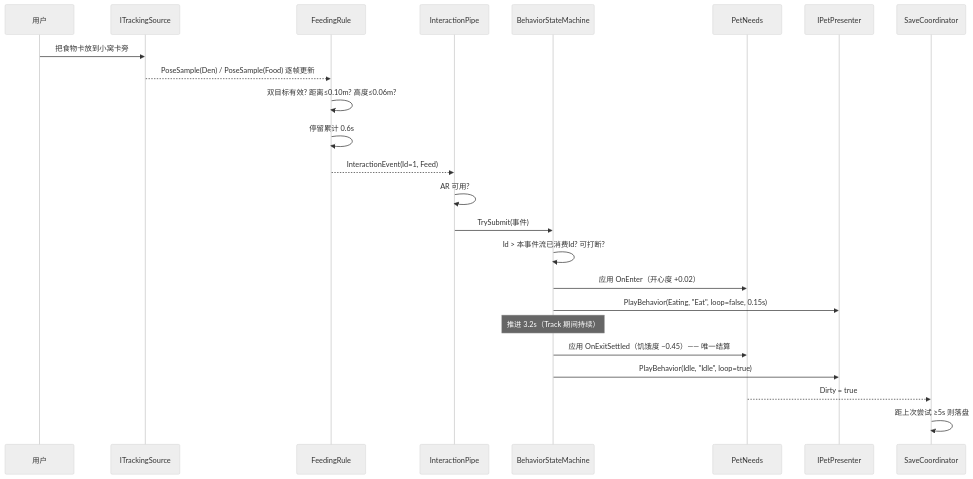
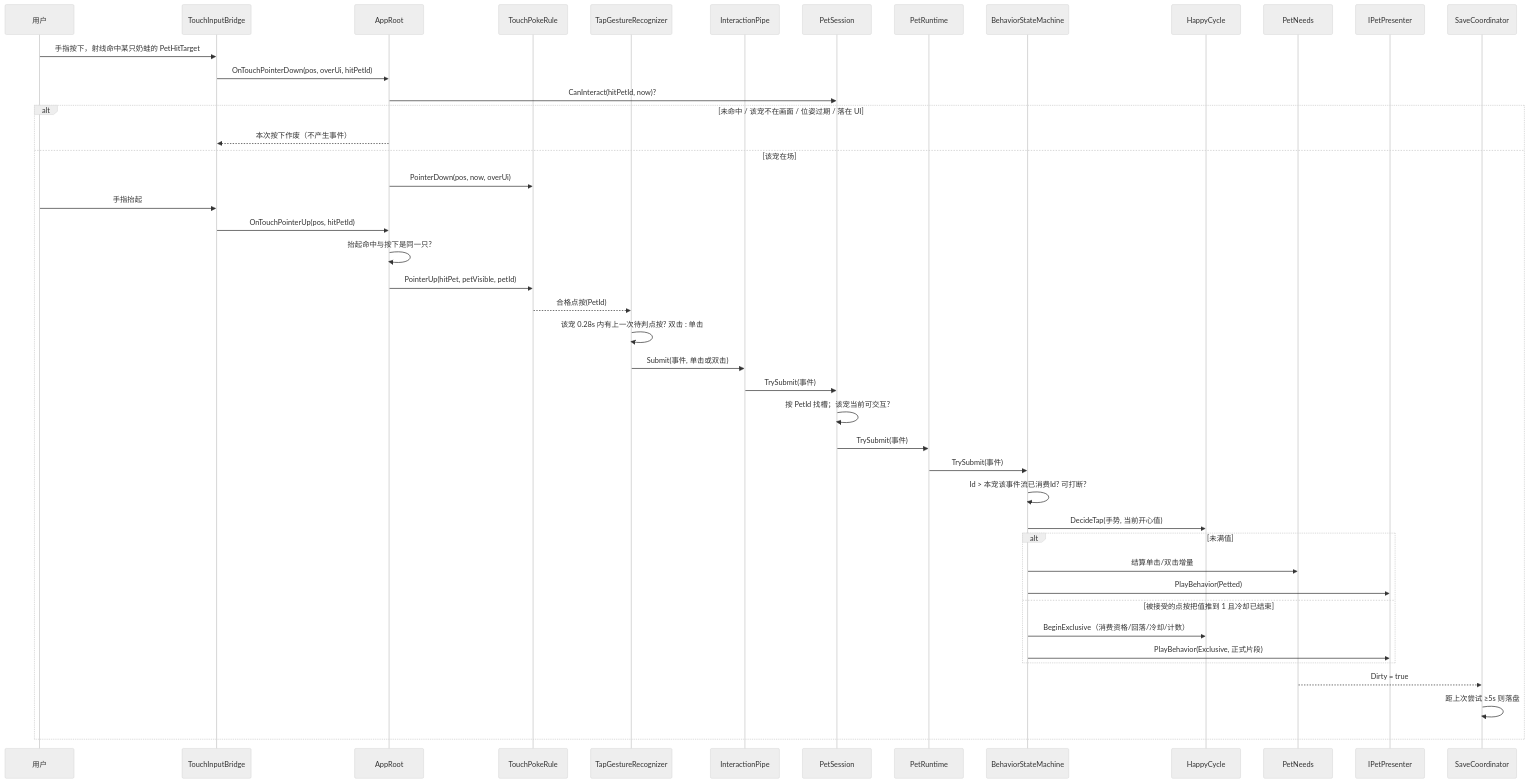
Before and after one commit to fapig1/ZQXNXS: the fourth of 4 diagrams in Docs/项目架构与技术架构.md, drawn with Mermaid (neutral theme). The commit also changed other lines of this file and 1300 other files, not shown here.

```diff
--- a/Docs/项目架构与技术架构.md
+++ b/Docs/项目架构与技术架构.md
@@ -317,27 +400,47 @@
 ~~~mermaid
 sequenceDiagram
     participant U as 用户
-    participant T as ITrackingSource
-    participant R as FeedingRule
+    participant B as TouchInputBridge
+    participant A as AppRoot
+    participant T as TouchPokeRule
+    participant G as TapGestureRecognizer
     participant P as InteractionPipe
-    participant B as BehaviorStateMachine
+    participant S as PetSession
+    participant R as PetRuntime
+    participant M as BehaviorStateMachine
+    participant H as HappyCycle
     participant N as PetNeeds
     participant V as IPetPresenter
-    participant S as SaveCoordinator
+    participant C as SaveCoordinator
 
-    U->>T: 把食物卡放到小窝卡旁
-    T-->>R: PoseSample(Den) / PoseSample(Food) 逐帧更新
-    R->>R: 双目标有效? 距离≤0.10m? 高度≤0.06m?
-    R->>R: 停留累计 0.6s
-    R-->>P: InteractionEvent(Id=1, Feed)
-    P->>P: AR 可用?
-    P->>B: TrySubmit(事件)
-    B->>B: Id > 本事件流已消费Id? 可打断?
-    B->>N: 应用 OnEnter（开心度 +0.02）
-    B->>V: PlayBehavior(Eating, "Eat", loop=false, 0.15s)
-    Note over B: 推进 3.2s（Track 期间持续）
-    B->>N: 应用 OnExitSettled（饥饿度 −0.45）—— 唯一结算
-    B->>V: PlayBehavior(Idle, "Idle", loop=true)
-    N-->>S: Dirty = true
-    S->>S: 距上次尝试 ≥5s 则落盘
+    U->>B: 手指按下，射线命中某只奶蛙的 PetHitTarget
+    B->>A: OnTouchPointerDown(pos, overUi, hitPetId)
+    A->>S: CanInteract(hitPetId, now)?
+    alt 未命中 / 该宠不在画面 / 位姿过期 / 落在 UI
+        A-->>B: 本次按下作废（不产生事件）
+    else 该宠在场
+        A->>T: PointerDown(pos, now, overUi)
+        U->>B: 手指抬起
+        B->>A: OnTouchPointerUp(pos, hitPetId)
+        A->>A: 抬起命中与按下是同一只?
+        A->>T: PointerUp(hitPet, petVisible, petId)
+        T-->>G: 合格点按(PetId)
+        G->>G: 该宠 0.28s 内有上一次待判点按? 双击 : 单击
+        G->>P: Submit(事件, 单击或双击)
+        P->>S: TrySubmit(事件)
+        S->>S: 按 PetId 找槽；该宠当前可交互?
+        S->>R: TrySubmit(事件)
+        R->>M: TrySubmit(事件)
+        M->>M: Id > 本宠该事件流已消费Id? 可打断?
+        M->>H: DecideTap(手势, 当前开心值)
+        alt 未满值
+            M->>N: 结算单击/双击增量
+            M->>V: PlayBehavior(Petted)
+        else 被接受的点按把值推到 1 且冷却已结束
+            M->>H: BeginExclusive（消费资格/回落/冷却/计数）
+            M->>V: PlayBehavior(Exclusive, 正式片段)
+        end
+        N-->>C: Dirty = true
+        C->>C: 距上次尝试 ≥5s 则落盘
+    end
 ~~~
```
